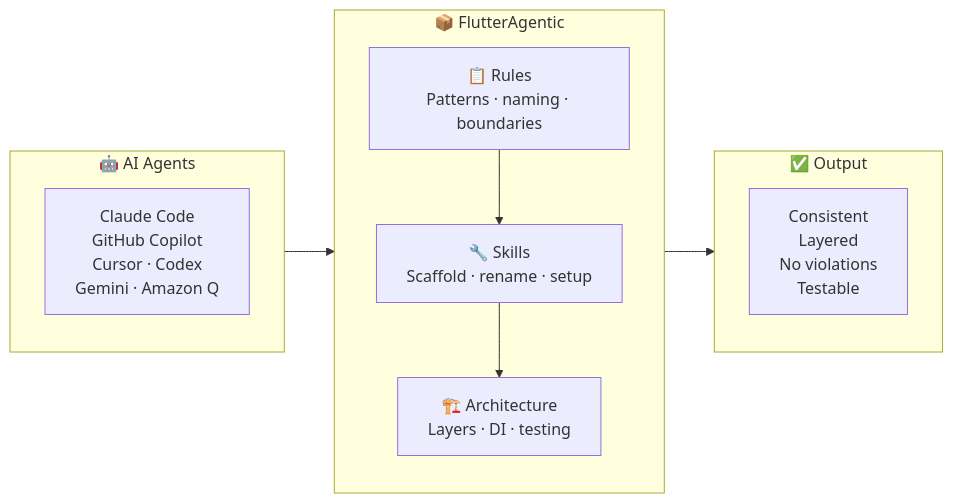
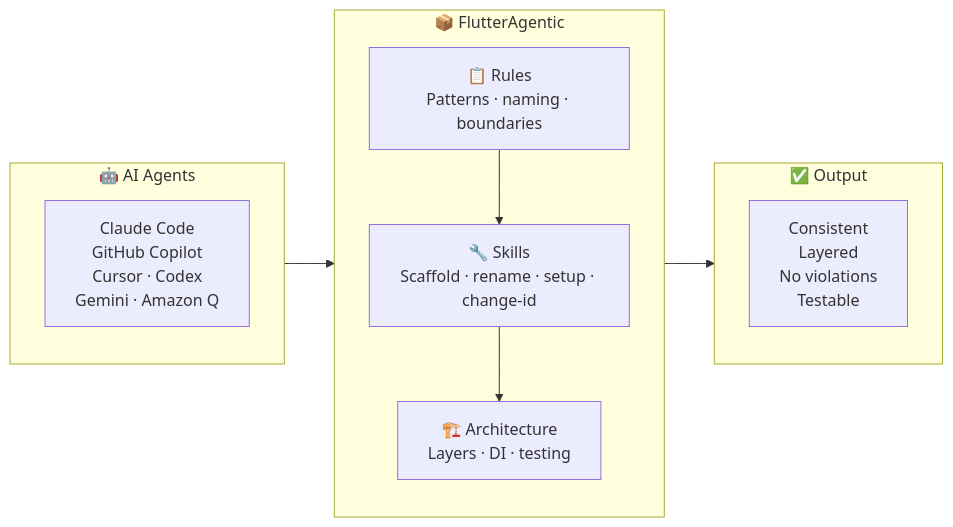
Before and after one commit to abhinav503/flutter-agentic: the first of 2 diagrams in README.md, drawn with Mermaid. The commit also changed other lines of this file and 11 other files, not shown here.

````diff
--- a/README.md
+++ b/README.md
@@ -24,20 +24,20 @@
 ```mermaid
 flowchart LR
     subgraph Agents["🤖 AI Agents"]
         A["Claude Code\nGitHub Copilot\nCursor · Codex\nGemini · Amazon Q"]
     end
 
     subgraph FA["📦 FlutterAgentic"]
         direction TB
         R["📋 Rules\nPatterns · naming · boundaries"]
-        SK["🔧 Skills\nScaffold · rename · setup"]
+        SK["🔧 Skills\nScaffold · rename · setup · change-id"]
         AR["🏗️ Architecture\nLayers · DI · testing"]
         R --> SK --> AR
     end
 
     subgraph OUT["✅ Output"]
         O["Consistent\nLayered\nNo violations\nTestable"]
     end
 
     Agents --> FA --> OUT
 ```
````
